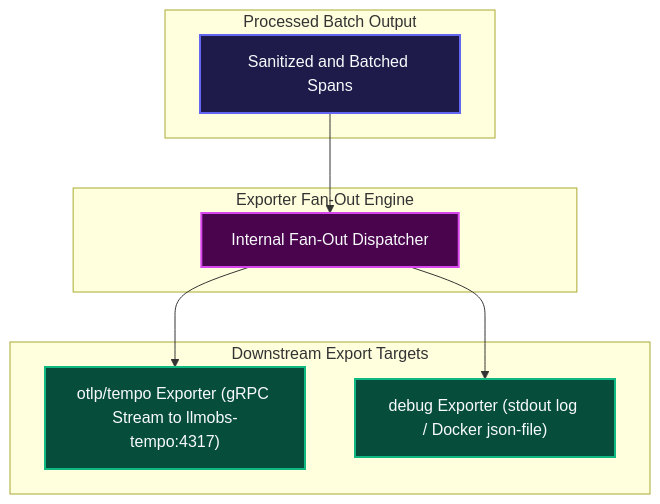
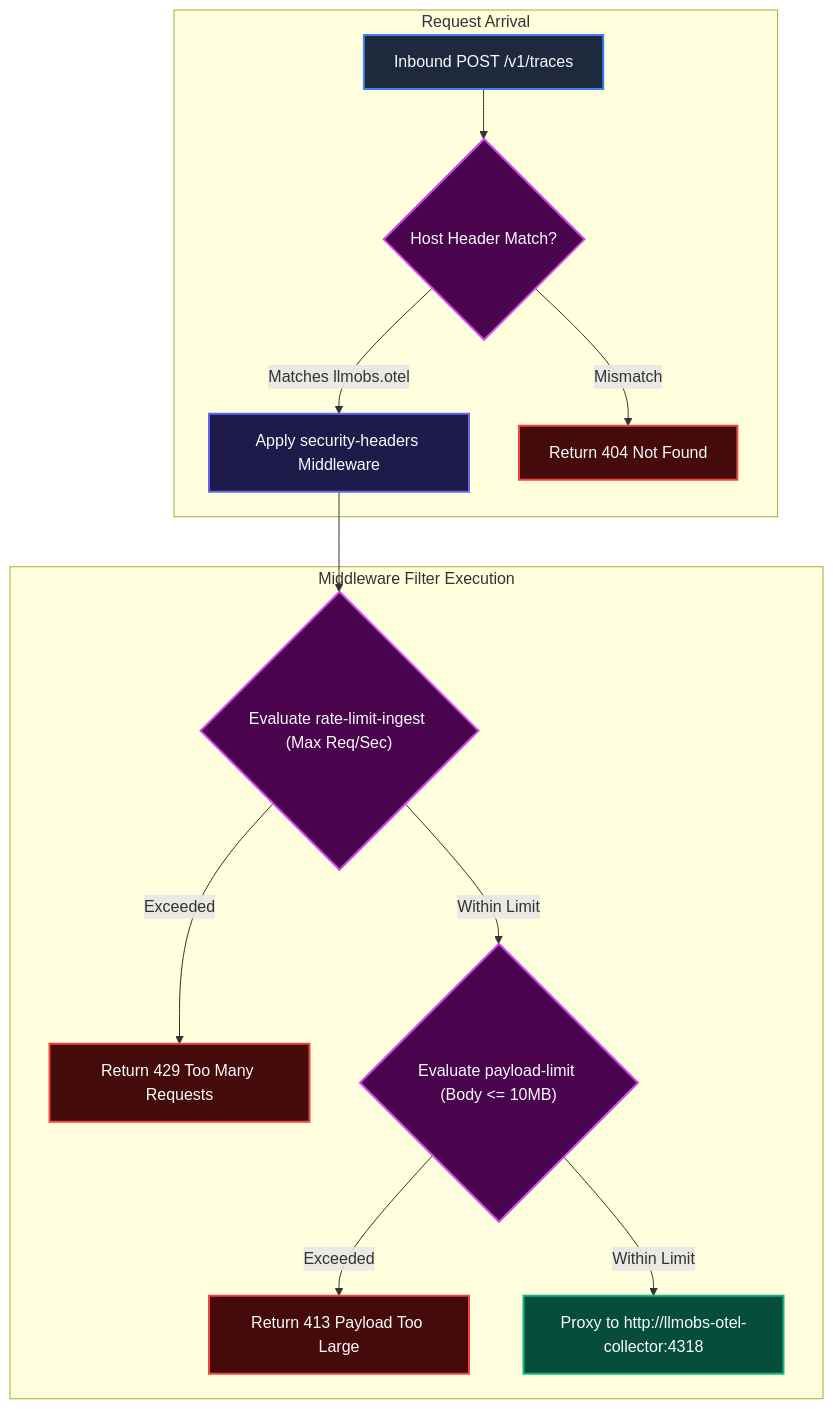
One commit to Chief-Strategist-J/llm-obs-infra changed diagram 16 of 22 in docs/configDoc/otel-collector-configuration-guide.md. Above: the diagram before and after it, drawn with Mermaid. The commit also changed other lines of this file, not shown here.

First line of the commit message:
docs(otel-collector): complete all 40 parameters and add HLD/LLD designs across every section

````diff
--- a/docs/configDoc/otel-collector-configuration-guide.md
+++ b/docs/configDoc/otel-collector-configuration-guide.md
@@ -1017,24 +1450,26 @@
 ```mermaid
 graph TD
-    subgraph PipelineTermination ["Processed Batch Output"]
-        BatchOut["Sanitized and Batched Spans"]
+    subgraph RequestIngress ["Request Arrival"]
+        InboundHTTPS["Inbound POST /v1/traces"] --> HostRouter{"Host Header Match?"}
+        HostRouter -->|Matches llmobs.otel| SecHeaders["Apply security-headers Middleware"]
+        HostRouter -->|Mismatch| Reject404["Return 404 Not Found"]
     end
 
-    subgraph FanOutRouter ["Exporter Fan-Out Engine"]
-        Dispatcher["Internal Fan-Out Dispatcher"]
+    subgraph MiddlewareChain ["Middleware Filter Execution"]
+        SecHeaders --> RateLimit{"Evaluate rate-limit-ingest (Max Req/Sec)"}
+        RateLimit -->|Exceeded| Reject429["Return 429 Too Many Requests"]
+        RateLimit -->|Within Limit| PayloadCheck{"Evaluate payload-limit (Body <= 10MB)"}
+        PayloadCheck -->|Exceeded| Reject413["Return 413 Payload Too Large"]
+        PayloadCheck -->|Within Limit| ForwardBackend["Proxy to http://llmobs-otel-collector:4318"]
     end
 
-    subgraph ExporterDestinations ["Downstream Export Targets"]
-        TempoGRPC["otlp/tempo Exporter (gRPC Stream to llmobs-tempo:4317)"]
-        DebugConsole["debug Exporter (stdout log / Docker json-file)"]
-    end
-
-    BatchOut --> Dispatcher
-    Dispatcher --> TempoGRPC
-    Dispatcher --> DebugConsole
-
-    style BatchOut fill:#1e1b4b,stroke:#6366f1,stroke-width:2px,color:#f8fafc
-    style Dispatcher fill:#4a044e,stroke:#d946ef,stroke-width:2px,color:#f8fafc
-    style TempoGRPC fill:#064e3b,stroke:#10b981,stroke-width:2px,color:#f8fafc
-    style DebugConsole fill:#064e3b,stroke:#10b981,stroke-width:2px,color:#f8fafc
+    style InboundHTTPS fill:#1e293b,stroke:#3b82f6,stroke-width:2px,color:#f8fafc
+    style HostRouter fill:#4a044e,stroke:#d946ef,stroke-width:2px,color:#f8fafc
+    style SecHeaders fill:#1e1b4b,stroke:#6366f1,stroke-width:2px,color:#f8fafc
+    style Reject404 fill:#450a0a,stroke:#ef4444,stroke-width:2px,color:#f8fafc
+    style RateLimit fill:#4a044e,stroke:#d946ef,stroke-width:2px,color:#f8fafc
+    style Reject429 fill:#450a0a,stroke:#ef4444,stroke-width:2px,color:#f8fafc
+    style PayloadCheck fill:#4a044e,stroke:#d946ef,stroke-width:2px,color:#f8fafc
+    style Reject413 fill:#450a0a,stroke:#ef4444,stroke-width:2px,color:#f8fafc
+    style ForwardBackend fill:#064e3b,stroke:#10b981,stroke-width:2px,color:#f8fafc
 ```
````
